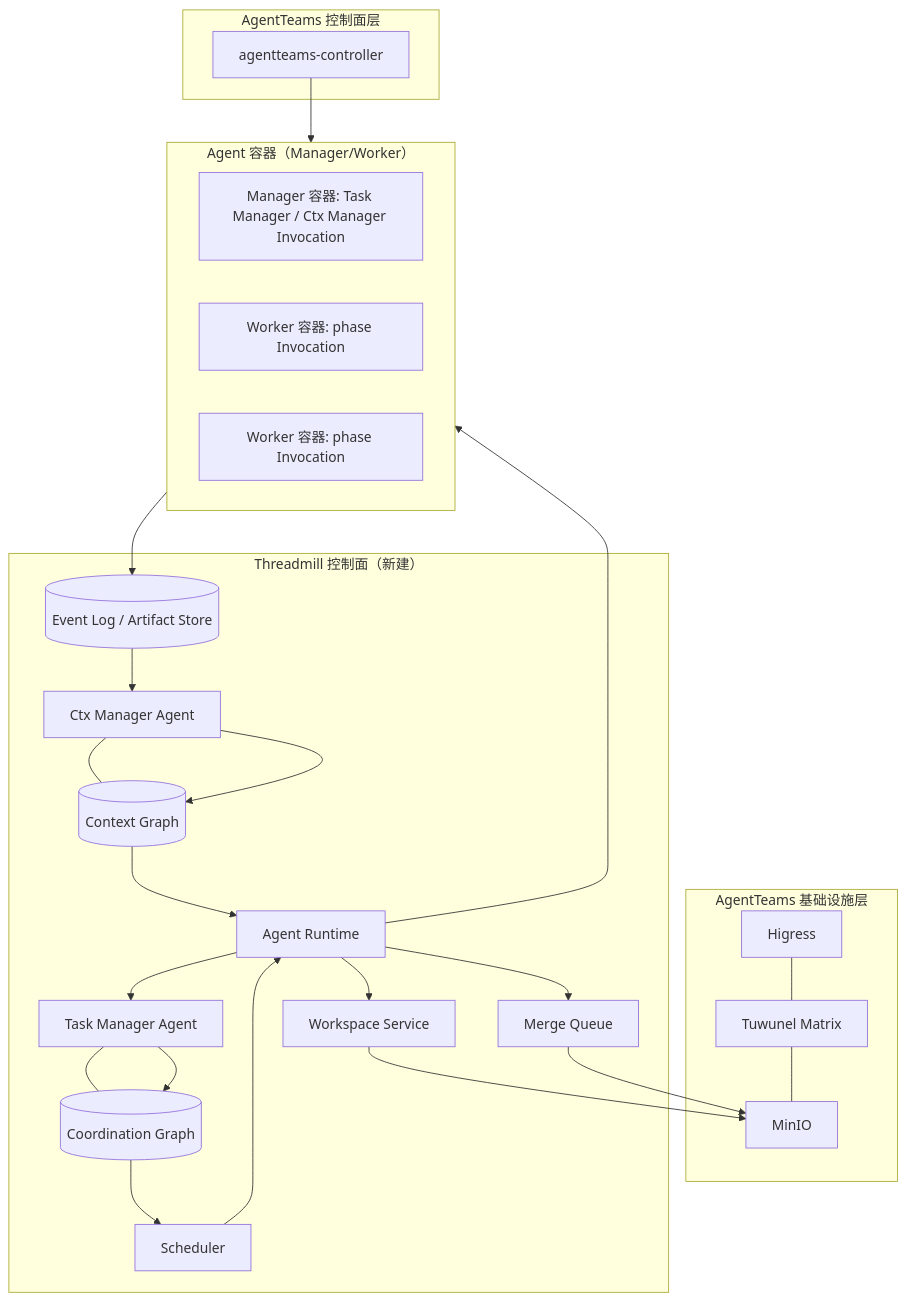
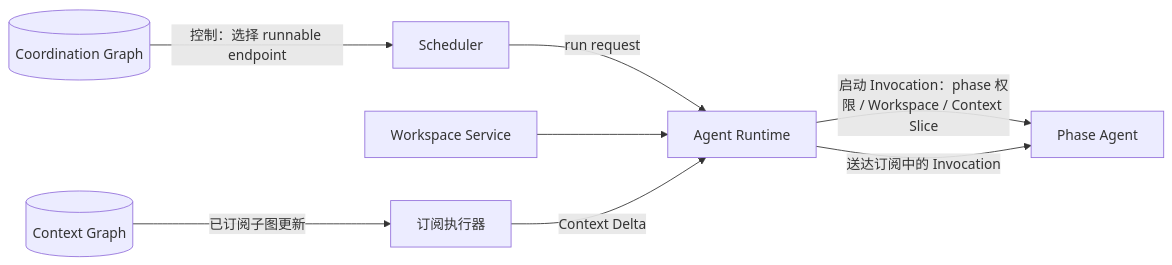
The second of 2 diagrams in docs/architecture.md (KDZZZZZZ/threadmill-AgentTeams), drawn with Mermaid before and after one commit. The commit also changed other lines of this file and 3 other files, not shown here.

First line of the commit message:
docs(design): phase agent interface with input join and await semantics

````diff
--- a/docs/architecture.md
+++ b/docs/architecture.md
@@ -119,30 +160,10 @@
 ```mermaid
-flowchart TB
-  subgraph Infra["AgentTeams 基础设施层"]
-    HG[Higress] --- TW[Tuwunel Matrix] --- MO[MinIO]
-  end
-  subgraph CP["Threadmill 控制面（新建）"]
-    TM[Task Manager Agent] --- CG[(Coordination Graph)]
-    S[Scheduler]
-    CM[Ctx Manager Agent] --- CX[(Context Graph)]
-    RT[Agent Runtime]
-    WS[Workspace Service]
-    MQ[Merge Queue]
-    EL[(Event Log / Artifact Store)]
-  end
-  subgraph AT["AgentTeams 控制面层"]
-    CTL[agentteams-controller]
-  end
-  subgraph AG["Agent 容器（Manager/Worker）"]
-    MA[Manager 容器: Task Manager / Ctx Manager Invocation]
-    W1[Worker 容器: phase Invocation]
-    W2[Worker 容器: phase Invocation]
-  end
-  TM --> CG --> S --> RT --> AG
-  RT --> WS --> MO
-  AG --> EL --> CM --> CX
-  CX --> RT
-  RT --> TM
-  RT --> MQ --> MO
-  CTL --> AG
+flowchart LR
+  CG[(Coordination Graph)] -->|"控制：选择 runnable endpoint"| S[Scheduler]
+  S -->|"run request"| RT[Agent Runtime]
+  RT -->|"启动 Invocation：phase 权限 / Workspace / Context Slice"| PA[Phase Agent]
+  WS[Workspace Service] --> RT
+  CX[(Context Graph)] -->|"已订阅子图更新"| SE[订阅执行器]
+  SE -->|"Context Delta"| RT
+  RT -->|"送达订阅中的 Invocation"| PA
 ```
````
